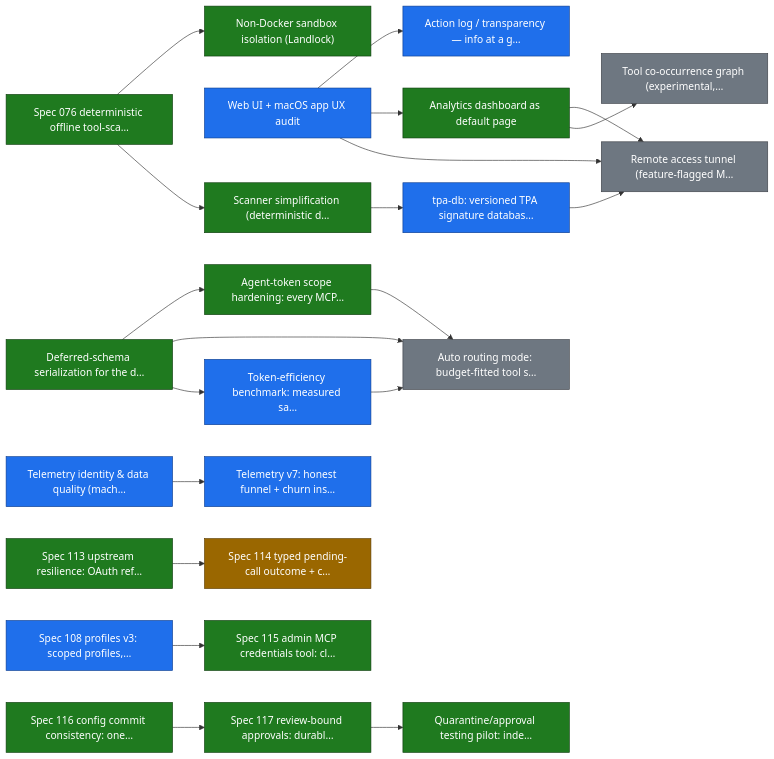
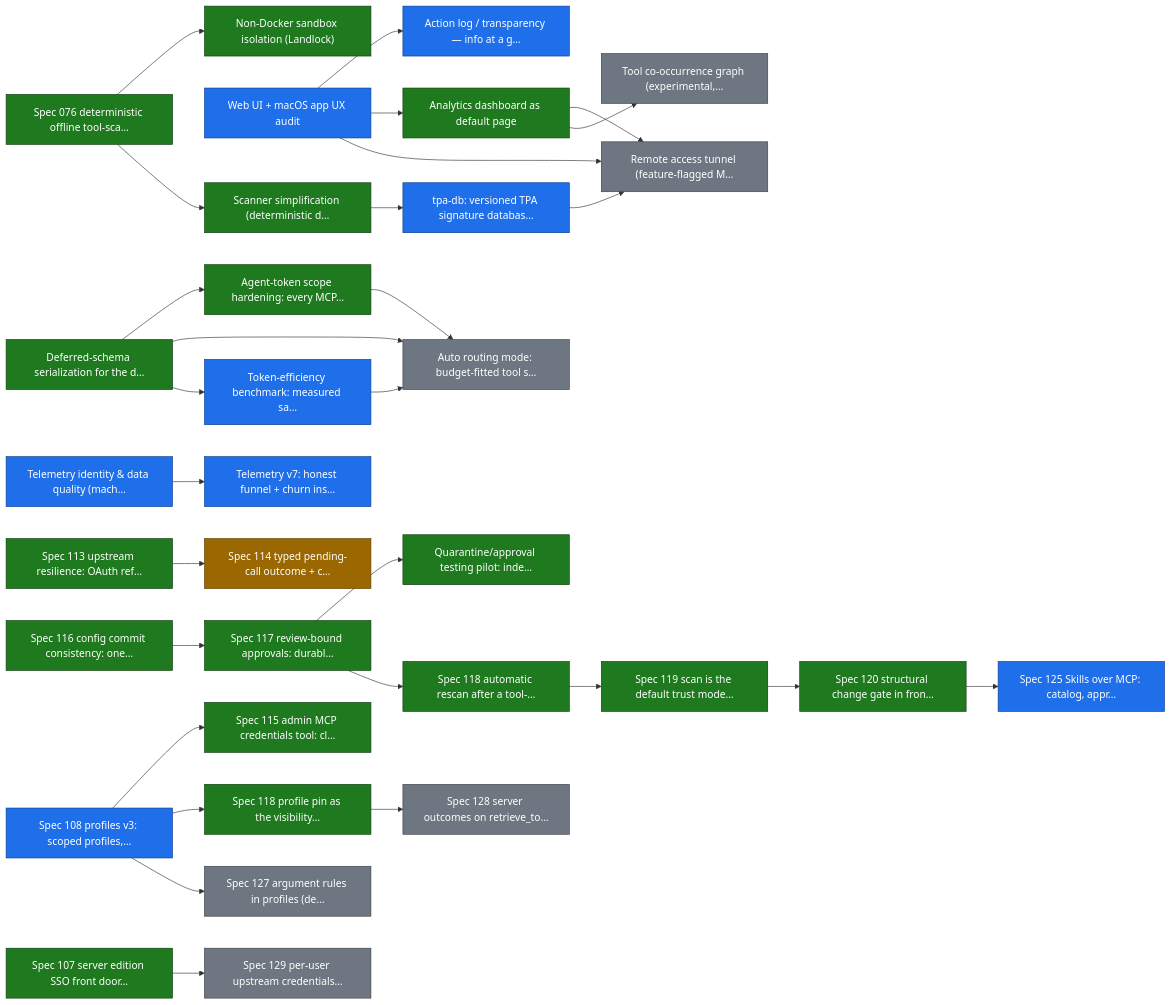
One commit to smart-mcp-proxy/mcpproxy-go changed the first of 32 diagrams in ROADMAP.md. Above: the diagram before and after it, drawn with Mermaid. The commit also changed other lines of this file and 1 other file, not shown here.

First line of the commit message:
docs(roadmap): add epics for specs 118-125 and 127-129 (#1947)

````diff
--- a/ROADMAP.md
+++ b/ROADMAP.md
@@ -36,54 +36,71 @@
 ```mermaid
 graph LR
   sandbox_isolation["Non-Docker sandbox isolation (Landlock)"]
   scanner_v2["Spec 076 deterministic offline tool-sca…"]
   ux_audit["Web UI + macOS app UX audit"]
   action_log_transparency["Action log / transparency — info at a g…"]
   analytics_dashboard["Analytics dashboard as default page"]
   scanner_simplification["Scanner simplification (deterministic d…"]
   tpa_db["tpa-db: versioned TPA signature databas…"]
   remote_access_tunnel["Remote access tunnel (feature-flagged M…"]
   schema_deferred["Deferred-schema serialization for the d…"]
   agent_scope_hardening["Agent-token scope hardening: every MCP…"]
   auto_routing_mode["Auto routing mode: budget-fitted tool s…"]
   token_bench["Token-efficiency benchmark: measured sa…"]
   tool_graph["Tool co-occurrence graph (experimental,…"]
   telemetry_identity["Telemetry identity & data quality (mach…"]
   telemetry_v7_churn["Telemetry v7: honest funnel + churn ins…"]
+  sso["Spec 107 server edition SSO front door…"]
   profiles_v3["Spec 108 profiles v3: scoped profiles,…"]
   upstream_resilience["Spec 113 upstream resilience: OAuth ref…"]
   pending_call_outcome["Spec 114 typed pending-call outcome + c…"]
   mcp_credential_lifecycle["Spec 115 admin MCP credentials tool: cl…"]
   config_commit_consistency["Spec 116 config commit consistency: one…"]
   review_bound_approvals["Spec 117 review-bound approvals: durabl…"]
   quarantine_approval_pilot["Quarantine/approval testing pilot: inde…"]
+  auto_rescan_on_change["Spec 118 automatic rescan after a tool-…"]
+  pin_visibility_boundary["Spec 118 profile pin as the visibility…"]
+  scan_default_trust["Spec 119 scan is the default trust mode…"]
+  scan_structural_gate["Spec 120 structural change gate in fron…"]
+  skills_over_mcp["Spec 125 Skills over MCP: catalog, appr…"]
+  profile_argument_rules["Spec 127 argument rules in profiles (de…"]
+  server_list_outcomes["Spec 128 server outcomes on retrieve_to…"]
+  per_user_upstream_credentials["Spec 129 per-user upstream credentials…"]
 
   scanner_v2 --> sandbox_isolation
   ux_audit --> action_log_transparency
   ux_audit --> analytics_dashboard
   scanner_v2 --> scanner_simplification
   scanner_simplification --> tpa_db
   tpa_db --> remote_access_tunnel
   ux_audit --> remote_access_tunnel
   analytics_dashboard --> remote_access_tunnel
   schema_deferred --> agent_scope_hardening
   agent_scope_hardening --> auto_routing_mode
   schema_deferred --> auto_routing_mode
   token_bench --> auto_routing_mode
   schema_deferred --> token_bench
   analytics_dashboard --> tool_graph
   telemetry_identity --> telemetry_v7_churn
   upstream_resilience --> pending_call_outcome
   profiles_v3 --> mcp_credential_lifecycle
   config_commit_consistency --> review_bound_approvals
   review_bound_approvals --> quarantine_approval_pilot
+  review_bound_approvals --> auto_rescan_on_change
+  profiles_v3 --> pin_visibility_boundary
+  auto_rescan_on_change --> scan_default_trust
+  scan_default_trust --> scan_structural_gate
+  scan_structural_gate --> skills_over_mcp
+  profiles_v3 --> profile_argument_rules
+  pin_visibility_boundary --> server_list_outcomes
+  sso --> per_user_upstream_credentials
 
   classDef done fill:#1f7a1f,stroke:#0d3d0d,color:#ffffff;
   classDef in_progress fill:#1f6feb,stroke:#0b3d91,color:#ffffff;
   classDef in_review fill:#9a6700,stroke:#5c3d00,color:#ffffff;
   classDef todo fill:#6e7781,stroke:#3d4248,color:#ffffff;
-  class sandbox_isolation,scanner_v2,analytics_dashboard,scanner_simplification,schema_deferred,agent_scope_hardening,upstream_resilience,mcp_credential_lifecycle,config_commit_consistency,review_bound_approvals,quarantine_approval_pilot done;
-  class ux_audit,action_log_transparency,tpa_db,token_bench,telemetry_identity,telemetry_v7_churn,profiles_v3 in_progress;
+  class sandbox_isolation,scanner_v2,analytics_dashboard,scanner_simplification,schema_deferred,agent_scope_hardening,sso,upstream_resilience,mcp_credential_lifecycle,config_commit_consistency,review_bound_approvals,quarantine_approval_pilot,auto_rescan_on_change,pin_visibility_boundary,scan_default_trust,scan_structural_gate done;
+  class ux_audit,action_log_transparency,tpa_db,token_bench,telemetry_identity,telemetry_v7_churn,profiles_v3,skills_over_mcp in_progress;
   class pending_call_outcome in_review;
-  class remote_access_tunnel,auto_routing_mode,tool_graph todo;
+  class remote_access_tunnel,auto_routing_mode,tool_graph,profile_argument_rules,server_list_outcomes,per_user_upstream_credentials todo;
 ```
````
